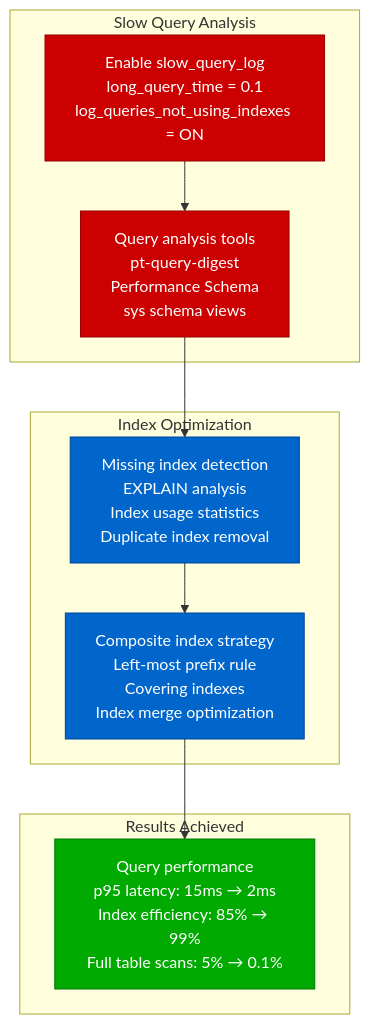
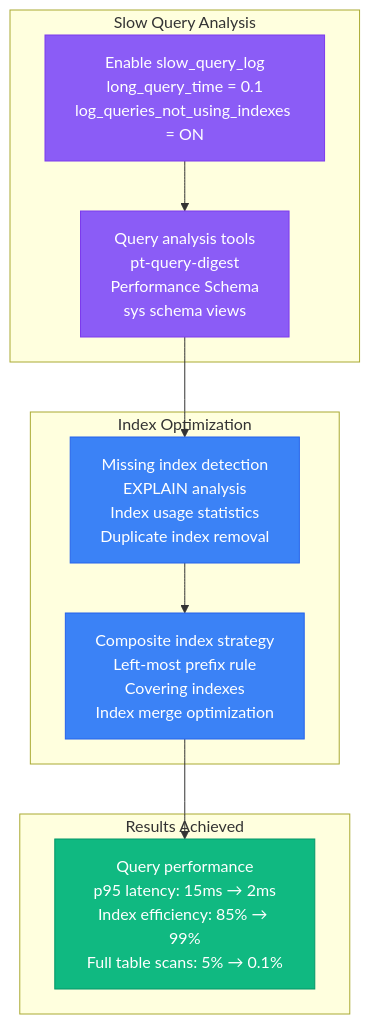
One commit to deepaucksharma/DS changed diagram 11 of 11 in site/docs/performance/mysql-performance-profile.md. Above: the diagram before and after it, drawn with Mermaid. The commit also changed other lines of this file and 303 other files, not shown here.

````diff
--- a/site/docs/performance/mysql-performance-profile.md
+++ b/site/docs/performance/mysql-performance-profile.md
@@ -431,33 +431,33 @@
 ```mermaid
 graph TB
     subgraph "Slow Query Analysis"
         SQ1[Enable slow_query_log<br/>long_query_time = 0.1<br/>log_queries_not_using_indexes = ON]
 
         SQ2[Query analysis tools<br/>pt-query-digest<br/>Performance Schema<br/>sys schema views]
 
         SQ1 --> SQ2
     end
 
     subgraph "Index Optimization"
         IO1[Missing index detection<br/>EXPLAIN analysis<br/>Index usage statistics<br/>Duplicate index removal]
 
         IO2[Composite index strategy<br/>Left-most prefix rule<br/>Covering indexes<br/>Index merge optimization]
 
         IO1 --> IO2
     end
 
     subgraph "Results Achieved"
         R1[Query performance<br/>p95 latency: 15ms → 2ms<br/>Index efficiency: 85% → 99%<br/>Full table scans: 5% → 0.1%]
     end
 
     SQ2 --> IO1
     IO2 --> R1
 
-    classDef analysisStyle fill:#CC0000,stroke:#990000,color:#fff
-    classDef optimStyle fill:#0066CC,stroke:#004499,color:#fff
-    classDef resultStyle fill:#00AA00,stroke:#007700,color:#fff
+    classDef analysisStyle fill:#8B5CF6,stroke:#7C3AED,color:#fff
+    classDef optimStyle fill:#3B82F6,stroke:#2563EB,color:#fff
+    classDef resultStyle fill:#10B981,stroke:#059669,color:#fff
 
     class SQ1,SQ2 analysisStyle
     class IO1,IO2 optimStyle
     class R1 resultStyle
 ```
````
